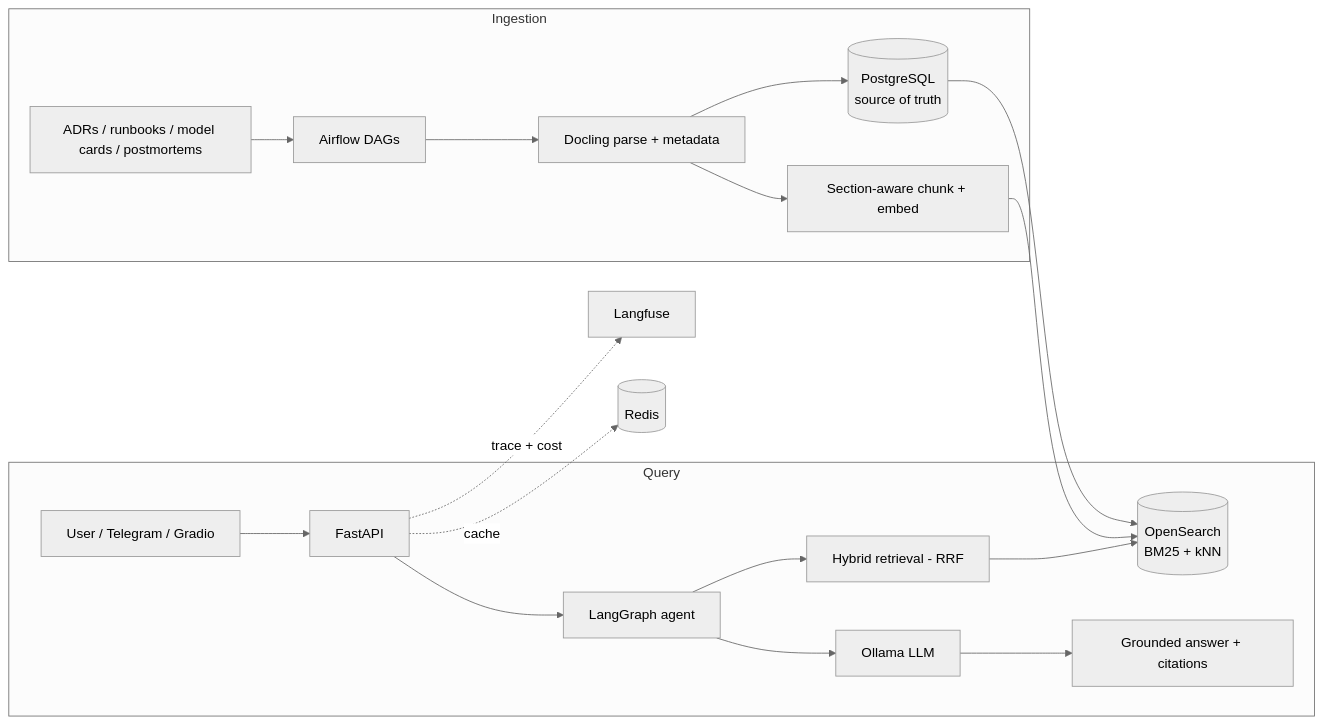
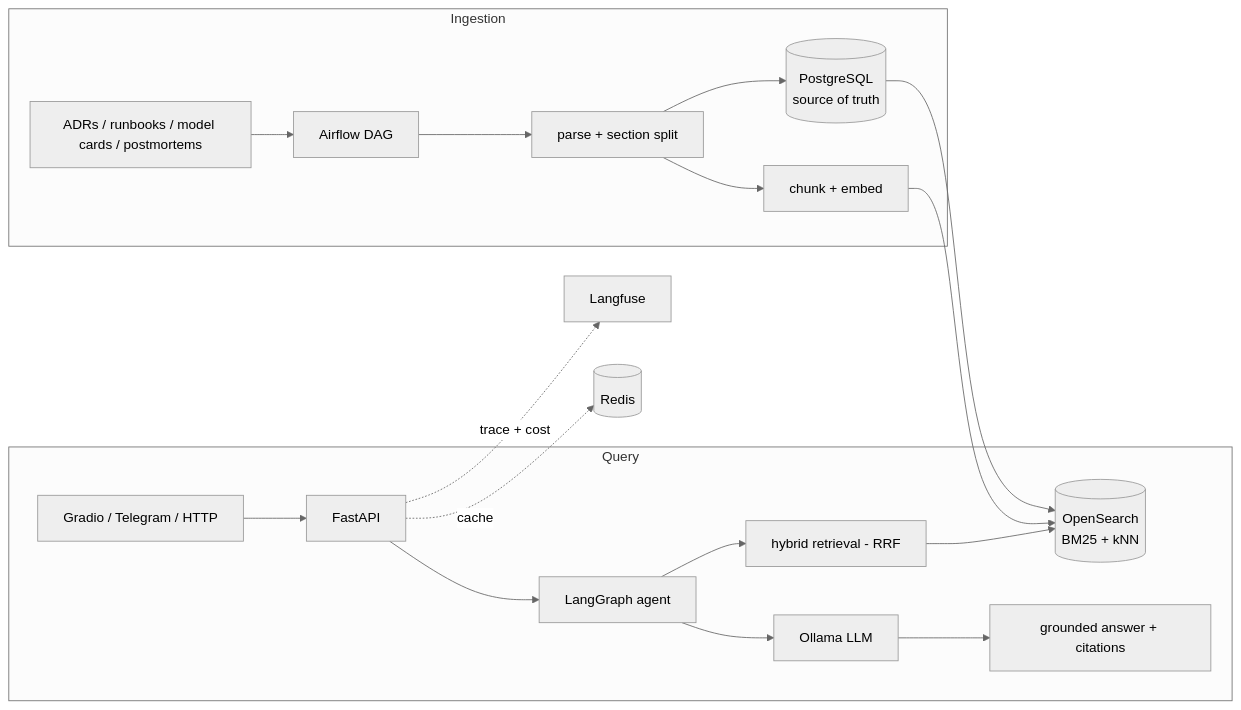
Before and after one commit to hastikacheddy/ai-workload-platform: the first of 2 diagrams in platform-copilot/README.md, drawn with Mermaid (neutral theme). The commit also changed other lines of this file and 2 other files, not shown here.

````diff
--- a/platform-copilot/README.md
+++ b/platform-copilot/README.md
@@ -32,21 +50,21 @@
 ```mermaid
 flowchart LR
   subgraph Ingestion
-    A[ADRs / runbooks / model cards / postmortems] --> B[Airflow DAGs]
-    B --> C[Docling parse + metadata]
+    A[ADRs / runbooks / model cards / postmortems] --> B[Airflow DAG]
+    B --> C[parse + section split]
     C --> D[(PostgreSQL<br/>source of truth)]
-    C --> E[Section-aware chunk + embed]
+    C --> E[chunk + embed]
   end
   D --> F[(OpenSearch<br/>BM25 + kNN)]
   E --> F
   subgraph Query
-    G[User / Telegram / Gradio] --> H[FastAPI]
+    G[Gradio / Telegram / HTTP] --> H[FastAPI]
     H --> I[LangGraph agent]
-    I --> J[Hybrid retrieval - RRF]
+    I --> J[hybrid retrieval - RRF]
     J --> F
     I --> K[Ollama LLM]
-    K --> L[Grounded answer + citations]
+    K --> L[grounded answer + citations]
   end
   H -. trace + cost .-> M[Langfuse]
   H -. cache .-> N[(Redis)]
 ```
````
